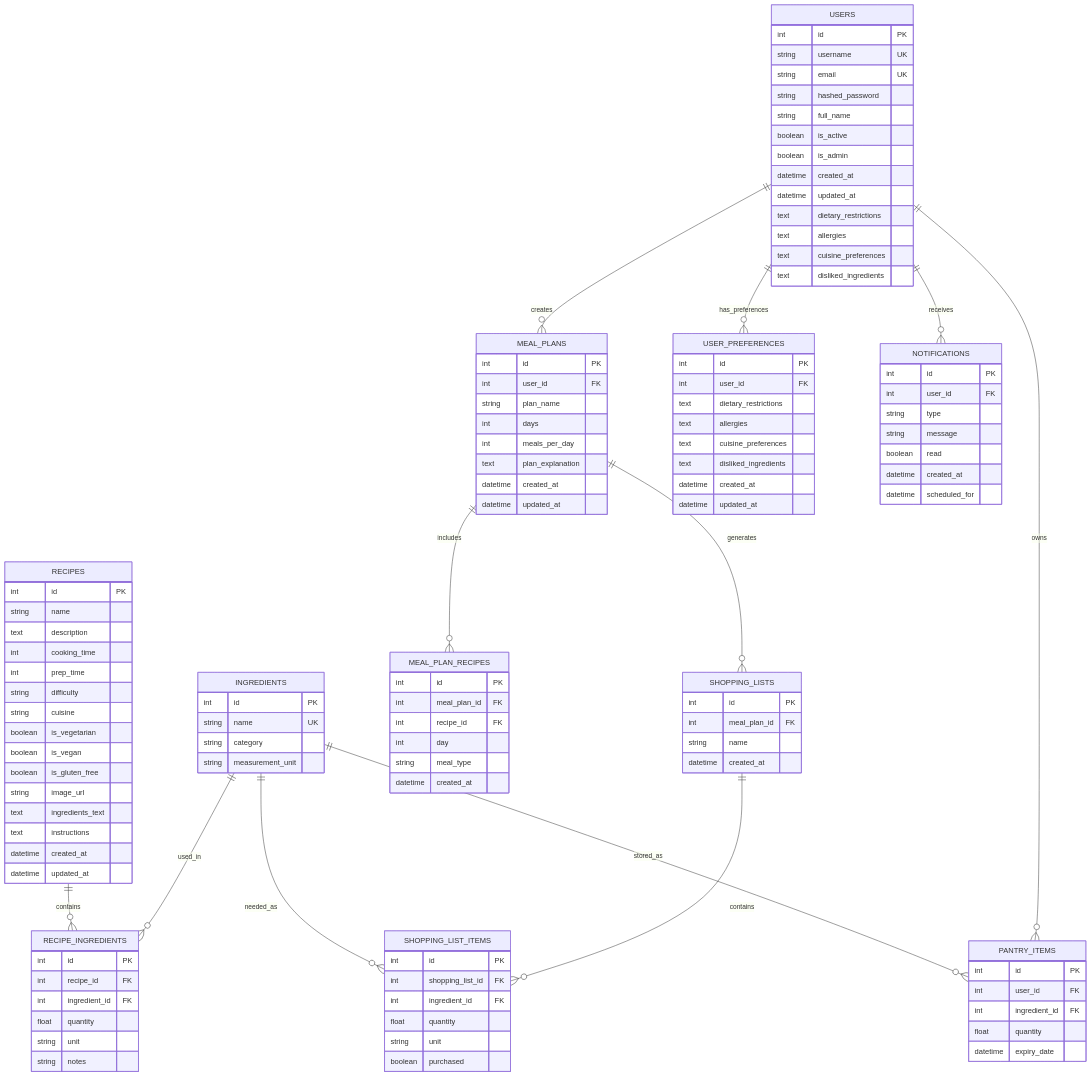
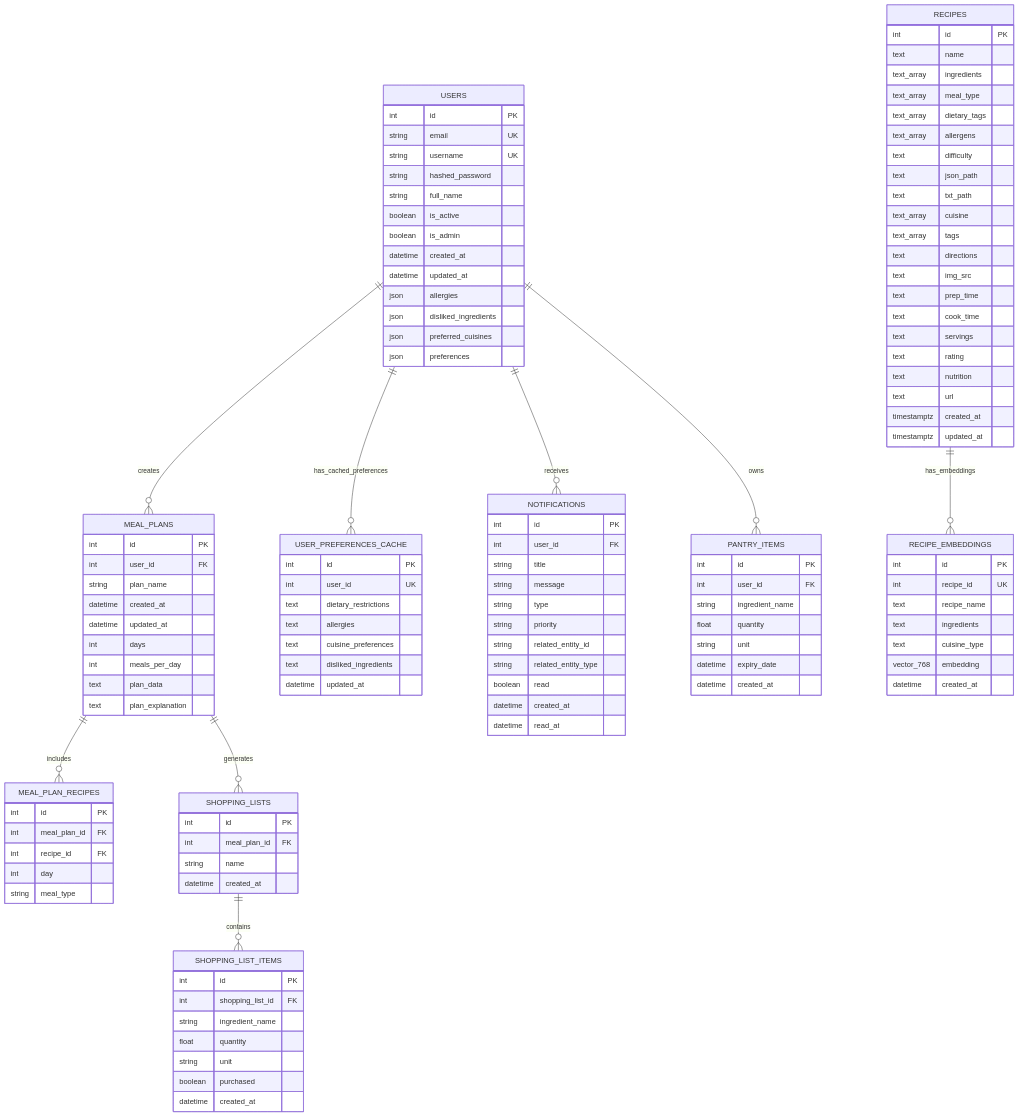
One commit to benes0508/MealMateAI changed the third of 6 diagrams in docs/architecture-diagram.md. Above: the diagram before and after it, drawn with Mermaid.

````diff
--- a/docs/architecture-diagram.md
+++ b/docs/architecture-diagram.md
@@ -169,53 +169,43 @@
     %% User Service Database (MySQL)
     USERS {
         int id PK
+        string email UK
         string username UK
-        string email UK
         string hashed_password
         string full_name
         boolean is_active
         boolean is_admin
         datetime created_at
         datetime updated_at
-        text dietary_restrictions
-        text allergies
-        text cuisine_preferences
-        text disliked_ingredients
+        json allergies
+        json disliked_ingredients
+        json preferred_cuisines
+        json preferences
     }
     
     %% Recipe Service Database (PostgreSQL)
     RECIPES {
         int id PK
-        string name
-        text description
-        int cooking_time
-        int prep_time
-        string difficulty
-        string cuisine
-        boolean is_vegetarian
-        boolean is_vegan
-        boolean is_gluten_free
-        string image_url
-        text ingredients_text
-        text instructions
-        datetime created_at
-        datetime updated_at
-    }
-    
-    INGREDIENTS {
-        int id PK
-        string name UK
-        string category
-        string measurement_unit
-    }
-    
-    RECIPE_INGREDIENTS {
-        int id PK
-        int recipe_id FK
-        int ingredient_id FK
-        float quantity
-        string unit
-        string notes
+        text name
+        text_array ingredients
+        text_array meal_type
+        text_array dietary_tags
+        text_array allergens
+        text difficulty
+        text json_path
+        text txt_path
+        text_array cuisine
+        text_array tags
+        text directions
+        text img_src
+        text prep_time
+        text cook_time
+        text servings
+        text rating
+        text nutrition
+        text url
+        timestamptz created_at
+        timestamptz updated_at
     }
     
     %% Meal Planner Service Database (PostgreSQL)
@@ -223,11 +213,12 @@
         int id PK
         int user_id FK
         string plan_name
+        datetime created_at
+        datetime updated_at
         int days
         int meals_per_day
+        text plan_data
         text plan_explanation
-        datetime created_at
-        datetime updated_at
     }
     
     MEAL_PLAN_RECIPES {
@@ -236,27 +227,51 @@
         int recipe_id FK
         int day
         string meal_type
-        datetime created_at
     }
     
-    USER_PREFERENCES {
+    USER_PREFERENCES_CACHE {
         int id PK
-        int user_id FK
+        int user_id UK
         text dietary_restrictions
         text allergies
         text cuisine_preferences
         text disliked_ingredients
-        datetime created_at
         datetime updated_at
     }
     
-    %% Future Tables
+    RECIPE_EMBEDDINGS {
+        int id PK
+        int recipe_id UK
+        text recipe_name
+        text ingredients
+        text cuisine_type
+        vector_768 embedding
+        datetime created_at
+    }
+    
+    %% Future/Planned Tables
+    NOTIFICATIONS {
+        int id PK
+        int user_id FK
+        string title
+        string message
+        string type
+        string priority
+        string related_entity_id
+        string related_entity_type
+        boolean read
+        datetime created_at
+        datetime read_at
+    }
+    
     PANTRY_ITEMS {
         int id PK
         int user_id FK
-        int ingredient_id FK
+        string ingredient_name
         float quantity
+        string unit
         datetime expiry_date
+        datetime created_at
     }
     
     SHOPPING_LISTS {
@@ -269,32 +284,20 @@
     SHOPPING_LIST_ITEMS {
         int id PK
         int shopping_list_id FK
-        int ingredient_id FK
+        string ingredient_name
         float quantity
         string unit
         boolean purchased
-    }
-    
-    NOTIFICATIONS {
-        int id PK
-        int user_id FK
-        string type
-        string message
-        boolean read
         datetime created_at
-        datetime scheduled_for
     }
 
     %% Relationships
-    RECIPES ||--o{ RECIPE_INGREDIENTS : contains
-    INGREDIENTS ||--o{ RECIPE_INGREDIENTS : used_in
-    INGREDIENTS ||--o{ PANTRY_ITEMS : stored_as
-    INGREDIENTS ||--o{ SHOPPING_LIST_ITEMS : needed_as
+    USERS ||--o{ MEAL_PLANS : creates
+    USERS ||--o{ USER_PREFERENCES_CACHE : has_cached_preferences
+    USERS ||--o{ NOTIFICATIONS : receives
+    USERS ||--o{ PANTRY_ITEMS : owns
     MEAL_PLANS ||--o{ MEAL_PLAN_RECIPES : includes
     MEAL_PLANS ||--o{ SHOPPING_LISTS : generates
     SHOPPING_LISTS ||--o{ SHOPPING_LIST_ITEMS : contains
-    USERS ||--o{ MEAL_PLANS : creates
-    USERS ||--o{ PANTRY_ITEMS : owns
-    USERS ||--o{ NOTIFICATIONS : receives
-    USERS ||--o{ USER_PREFERENCES : has_preferences
+    RECIPES ||--o{ RECIPE_EMBEDDINGS : has_embeddings
 ```
````
